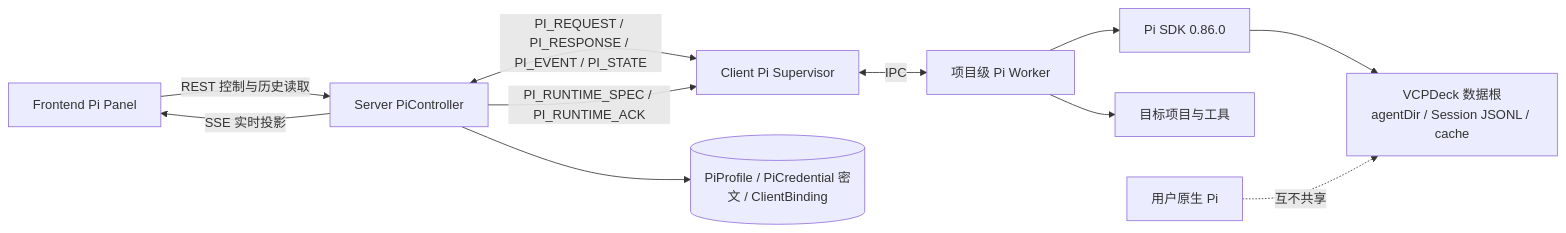
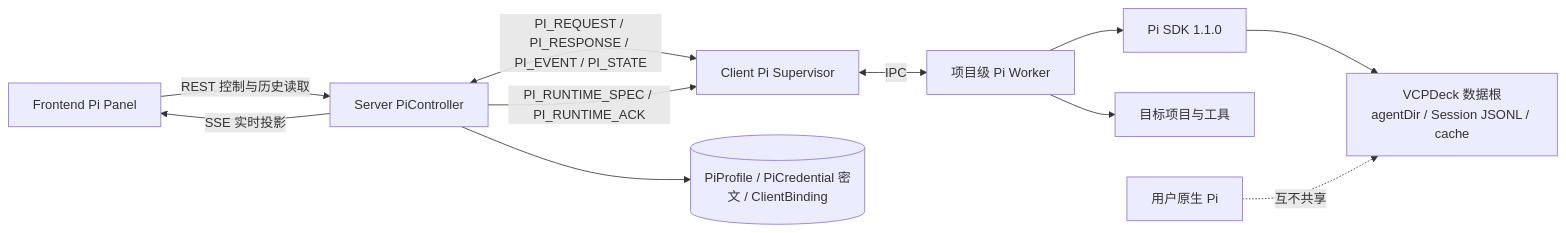
The first of 4 diagrams in docs/design/remote-pi.md (xuzhen97/VCPDeck), drawn with Mermaid before and after one commit. The commit also changed other lines of this file and 24 other files, not shown here.

First line of the commit message:
升级 Pi SDK 到 1.1.0，并修复发布态图片静默失效

````diff
--- a/docs/design/remote-pi.md
+++ b/docs/design/remote-pi.md
@@ -35,13 +35,13 @@
 ```mermaid
 flowchart LR
     Browser[Frontend Pi Panel] -->|REST 控制与历史读取| Server[Server PiController]
     Server -->|SSE 实时投影| Browser
     Server <-->|PI_REQUEST / PI_RESPONSE / PI_EVENT / PI_STATE| Client[Client Pi Supervisor]
     Server -->|PI_RUNTIME_SPEC / PI_RUNTIME_ACK| Client
     Server --> PiConfig[(PiProfile / PiCredential 密文 / ClientBinding)]
     Client <-->|IPC| Worker[项目级 Pi Worker]
-    Worker --> SDK[Pi SDK 0.86.0]
+    Worker --> SDK[Pi SDK 1.1.0]
     SDK --> DataRoot[VCPDeck 数据根\nagentDir / Session JSONL / cache]
     Worker --> Project[目标项目与工具]
     NativePi[用户原生 Pi] -.->|互不共享| DataRoot
 ```
````
